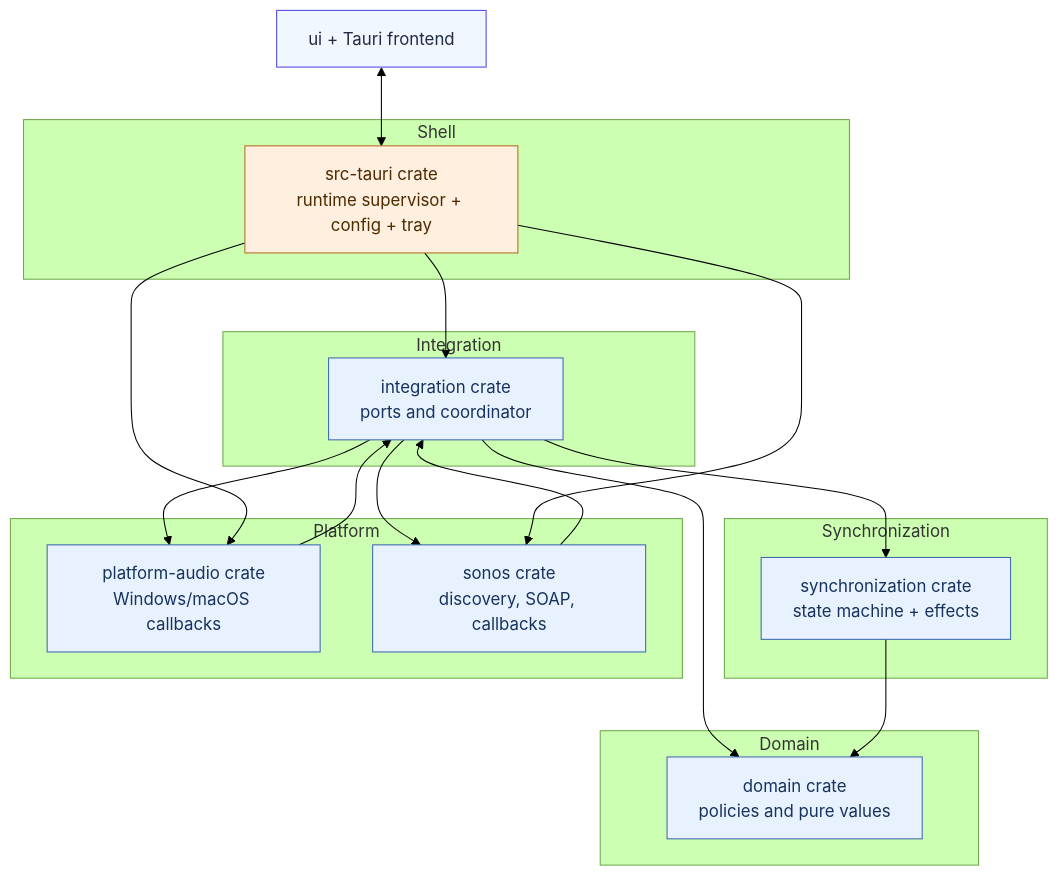
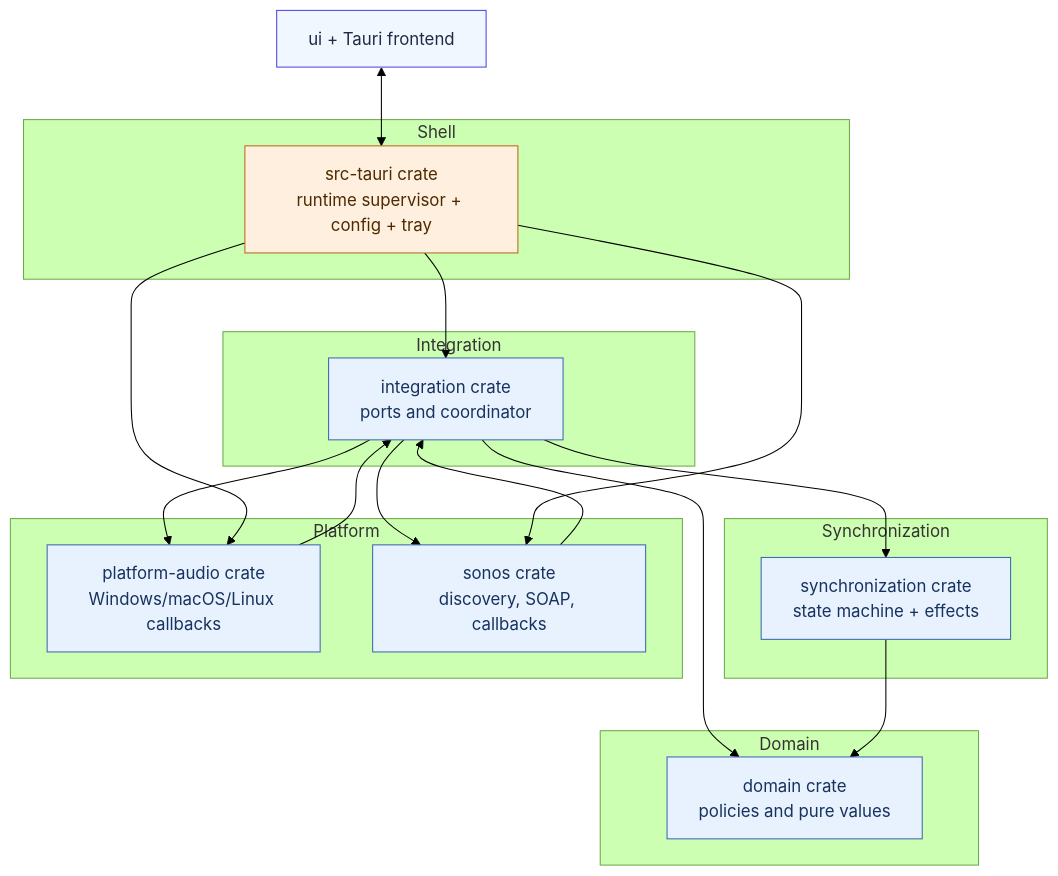
The first of 3 diagrams in docs/architecture.md (MiguelTVMS/sonos-volume-bridge), drawn with Mermaid (forest theme) before and after one commit. The commit also changed other lines of this file and 14 other files, not shown here.

````diff
--- a/docs/architecture.md
+++ b/docs/architecture.md
@@ -7,39 +7,39 @@
 ```mermaid
 flowchart TB
   subgraph Domain
     D[domain crate\npolicies and pure values]
   end
   subgraph Synchronization
     SY[synchronization crate\nstate machine + effects]
   end
   subgraph Integration
     I[integration crate\nports and coordinator]
   end
   subgraph Platform
-    P1[platform-audio crate\nWindows/macOS callbacks]
+    P1[platform-audio crate\nWindows/macOS/Linux callbacks]
     P2[sonos crate\ndiscovery, SOAP, callbacks]
   end
   subgraph Shell
     S[src-tauri crate\nruntime supervisor + config + tray]
   end
   UI["ui + Tauri frontend"] 
 
   UI <--> S
   S --> I
   I --> D
   SY --> D
   I --> SY
   P1 --> I
   I --> P1
   P2 --> I
   I --> P2
   S --> P2
   S --> P1
 
   classDef domain fill:#e8f2ff,stroke:#3d67af,color:#17325d;
   class D,SY,I,P1,P2 domain;
   classDef shell fill:#ffefdf,stroke:#b56a1f,color:#4e2a00;
   class S shell;
   classDef ui fill:#f1f7ff,stroke:#4f46e5,color:#1f2a44;
   class UI ui;
 ```
````
